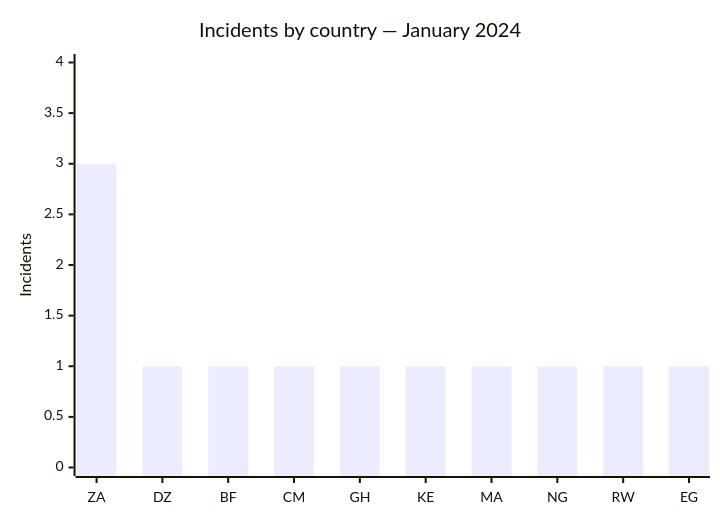
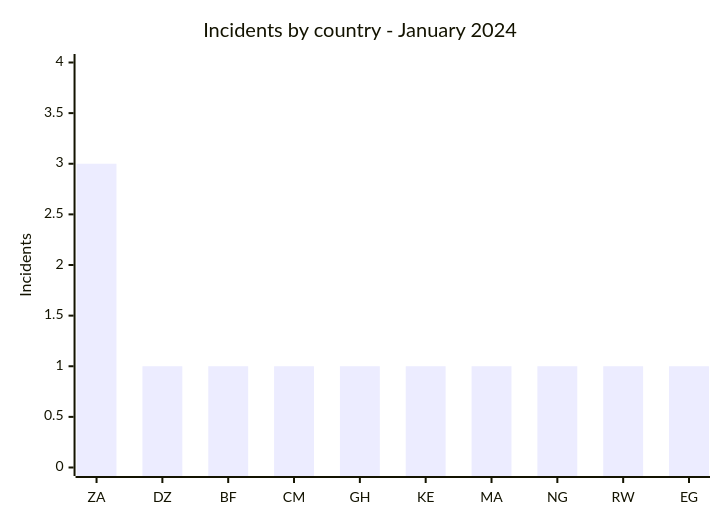
Before and after one commit to Hatchepsoute/AFRINTEL: the first of 2 diagrams in CyberAttackAfrica/2024/01-january/README.md, drawn with Mermaid. The commit also changed other lines of this file and 182 other files, not shown here.

````diff
--- a/CyberAttackAfrica/2024/01-january/README.md
+++ b/CyberAttackAfrica/2024/01-january/README.md
@@ -51,7 +51,7 @@
 ```mermaid
 xychart
-    title "Incidents by country — January 2024"
+    title "Incidents by country - January 2024"
     x-axis ["ZA","DZ","BF","CM","GH","KE","MA","NG","RW","EG"]
     y-axis "Incidents" 0 --> 4
     bar [3,1,1,1,1,1,1,1,1,1]
 ```
````
